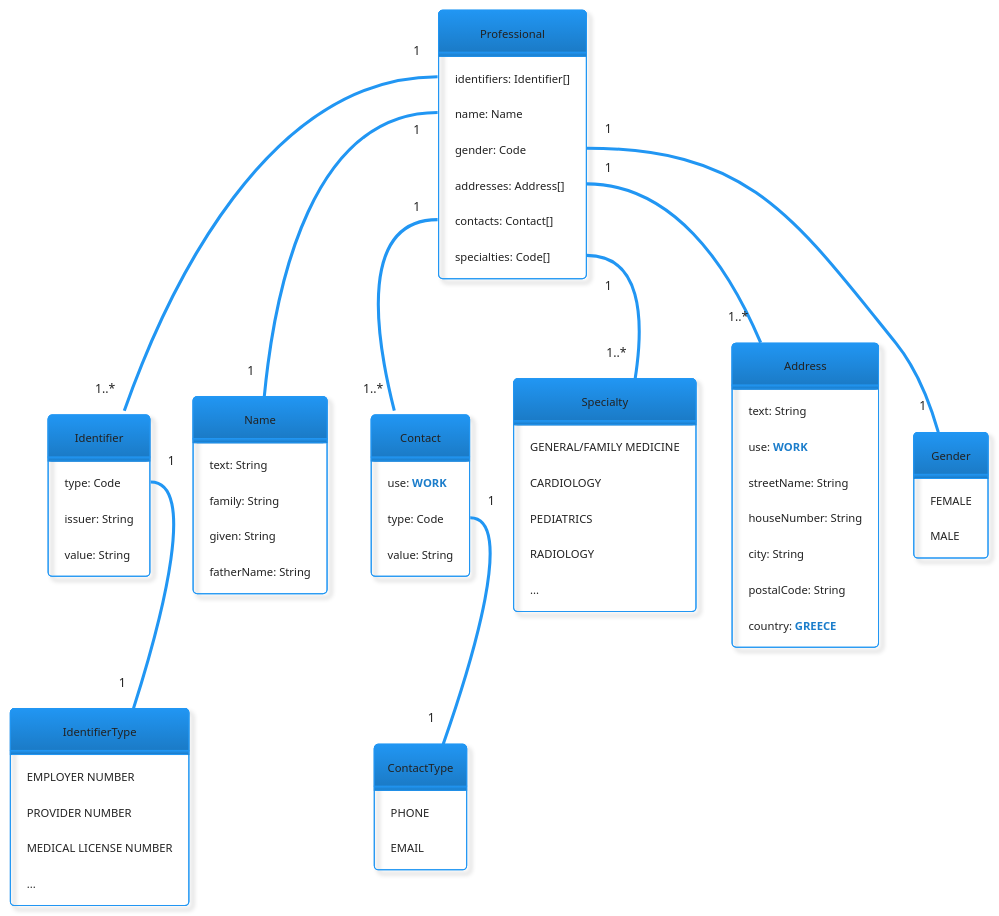
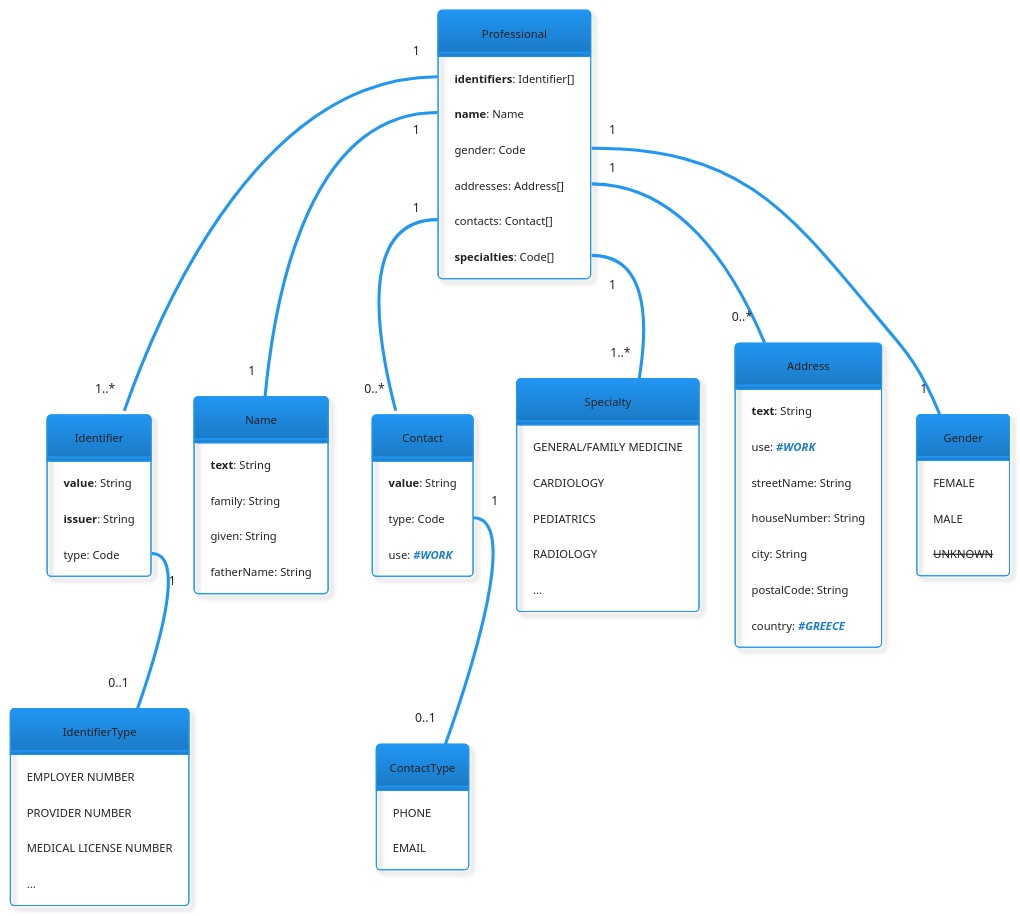
One commit to hl7-hellas/gr-fhir-base changed the diagram in input/images-source/professional-logical-model.plantuml. Above: the diagram before and after it, drawn with PlantUML. The commit also changed 16 other files, not shown here.

```diff
--- a/input/images-source/professional-logical-model.plantuml
+++ b/input/images-source/professional-logical-model.plantuml
@@ -1,79 +1,79 @@
 @startuml
 !theme materia-outline
 skinparam classAttributeIconSize 0
 hide empty members
 hide circle
-'left to right direction
 
 entity Professional {
-  identifiers: Identifier[]
-  name: Name
+  <b>identifiers</b>: Identifier[]
+  <b>name</b>: Name
   gender: Code
   addresses: Address[]
   contacts: Contact[]
-  specialties: Code[]
+  <b>specialties</b>: Code[]
 }
 
 entity Identifier {
+  <b>value</b>: String
+  <b>issuer</b>: String
   type: Code
-  issuer: String
-  value: String
 }
 
 entity Name {
-  text: String
+  <b>text</b>: String
   family: String
   given: String
   fatherName: String
 }
 
 entity Contact {
-  use: <b><color:#1B7DCB>WORK</color></b>
+  <b>value</b>: String
   type: Code
-  value: String
+  use: <b><i><color:#1B7DCB>#WORK</color></i></b>
 }
 
 enum Specialty {
   GENERAL/FAMILY MEDICINE
   CARDIOLOGY
   PEDIATRICS
   RADIOLOGY
   ...
 }
 
 entity Address {
-  text: String
-  use: <b><color:#1B7DCB>WORK</color></b>
+  <b>text</b>: String
+  use: <b><i><color:#1B7DCB>#WORK</color></i></b>
   streetName: String
   houseNumber: String
   city: String
   postalCode: String
-  country: <b><color:#1B7DCB>GREECE</color></b>
+  country: <b><i><color:#1B7DCB>#GREECE</color></i></b>
 }
 
 enum Gender {
   FEMALE
   MALE
+  <del>UNKNOWN</del>
 }
 
 enum IdentifierType {
   EMPLOYER NUMBER
   PROVIDER NUMBER
   MEDICAL LICENSE NUMBER
   ...
 }
 
 enum ContactType {
 	PHONE
 	EMAIL
 }
 
 Professional::identifiers "1" -- "1..*" Identifier
 Professional::name "1" -- "1" Name
 Professional::gender "1" -- "1" Gender
-Professional::addresses "1" -- "1..*" Address
-Professional::contacts "1" -- "1..*" Contact
+Professional::addresses "1" -- "0..*" Address
+Professional::contacts "1" -- "0..*" Contact
 Professional::specialties "1" -- "1..*" Specialty
-Identifier::type "1" -- "1" IdentifierType
-Contact::type "1" -- "1" ContactType
+Identifier::type "1" -- "0..1" IdentifierType
+Contact::type "1" -- "0..1" ContactType
 @enduml
```
